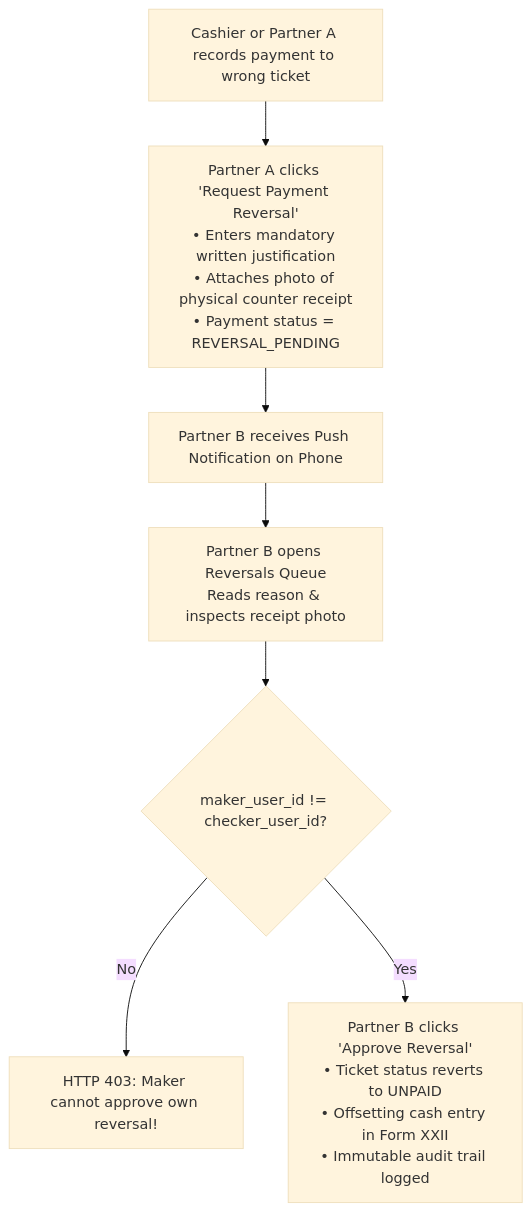
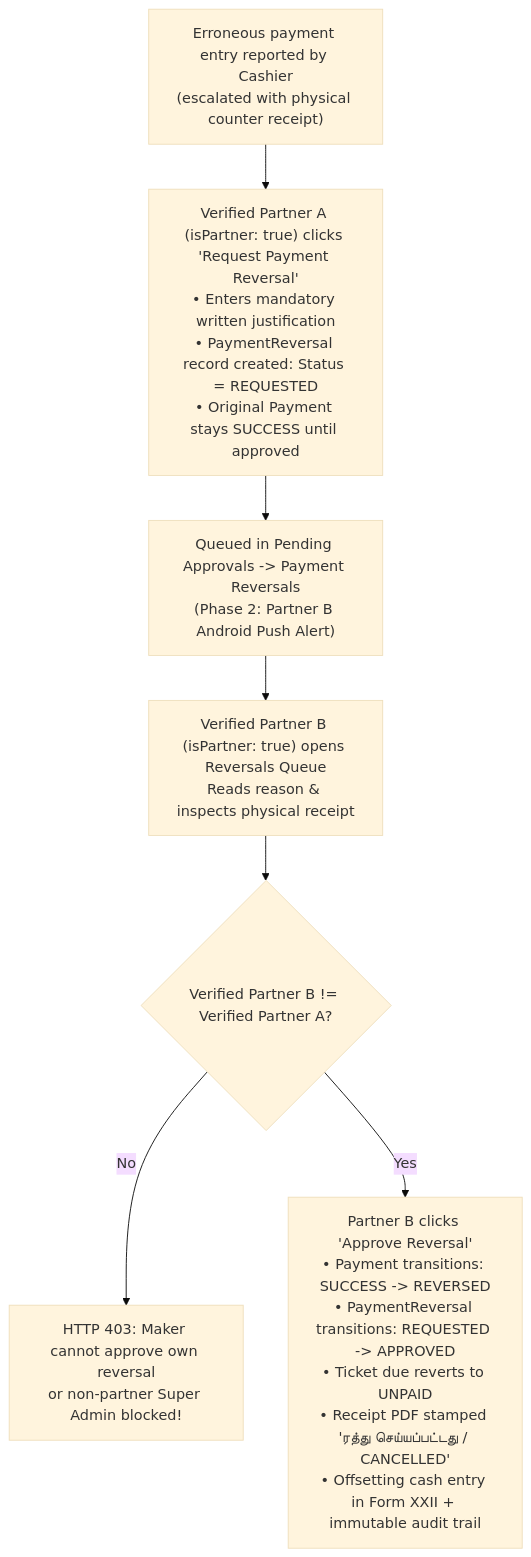
The ninth of 15 diagrams in docs/07-operations/user-manuals/admin-foreman-manual.md (Kathir-24/Kumaran-finance), drawn with Mermaid (base theme) before and after one commit. The commit also changed other lines of this file and 4 other files, not shown here.

````diff
--- a/docs/07-operations/user-manuals/admin-foreman-manual.md
+++ b/docs/07-operations/user-manuals/admin-foreman-manual.md
@@ -254,9 +258,9 @@
 ```mermaid
 flowchart TD
-    Error["Cashier or Partner A records payment to wrong ticket"] --> Req["Partner A clicks 'Request Payment Reversal'\n• Enters mandatory written justification\n• Attaches photo of physical counter receipt\n• Payment status = REVERSAL_PENDING"]
-    Req --> Push["Partner B receives Push Notification on Phone"]
-    Push --> Review["Partner B opens Reversals Queue\nReads reason & inspects receipt photo"]
-    Review --> Dual{"maker_user_id != checker_user_id?"}
-    Dual -- No --> Deny["HTTP 403: Maker cannot approve own reversal!"]
-    Dual -- Yes --> Approve["Partner B clicks 'Approve Reversal'\n• Ticket status reverts to UNPAID\n• Offsetting cash entry in Form XXII\n• Immutable audit trail logged"]
+    Error["Erroneous payment entry reported by Cashier\n(escalated with physical counter receipt)"] --> Req["Verified Partner A (isPartner: true) clicks 'Request Payment Reversal'\n• Enters mandatory written justification\n• PaymentReversal record created: Status = REQUESTED\n• Original Payment stays SUCCESS until approved"]
+    Req --> Queue["Queued in Pending Approvals -> Payment Reversals\n(Phase 2: Partner B Android Push Alert)"]
+    Queue --> Review["Verified Partner B (isPartner: true) opens Reversals Queue\nReads reason & inspects physical receipt"]
+    Review --> Dual{"Verified Partner B != Verified Partner A?"}
+    Dual -- No --> Deny["HTTP 403: Maker cannot approve own reversal\nor non-partner Super Admin blocked!"]
+    Dual -- Yes --> Approve["Partner B clicks 'Approve Reversal'\n• Payment transitions: SUCCESS -> REVERSED\n• PaymentReversal transitions: REQUESTED -> APPROVED\n• Ticket due reverts to UNPAID\n• Receipt PDF stamped 'ரத்து செய்யப்பட்டது / CANCELLED'\n• Offsetting cash entry in Form XXII + immutable audit trail"]
 ```
````
